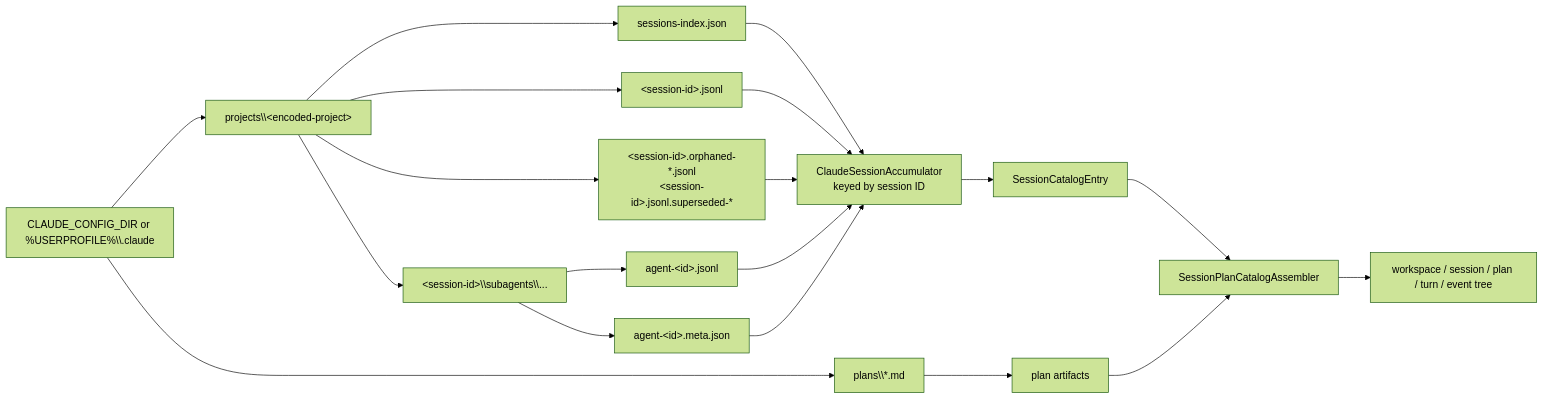
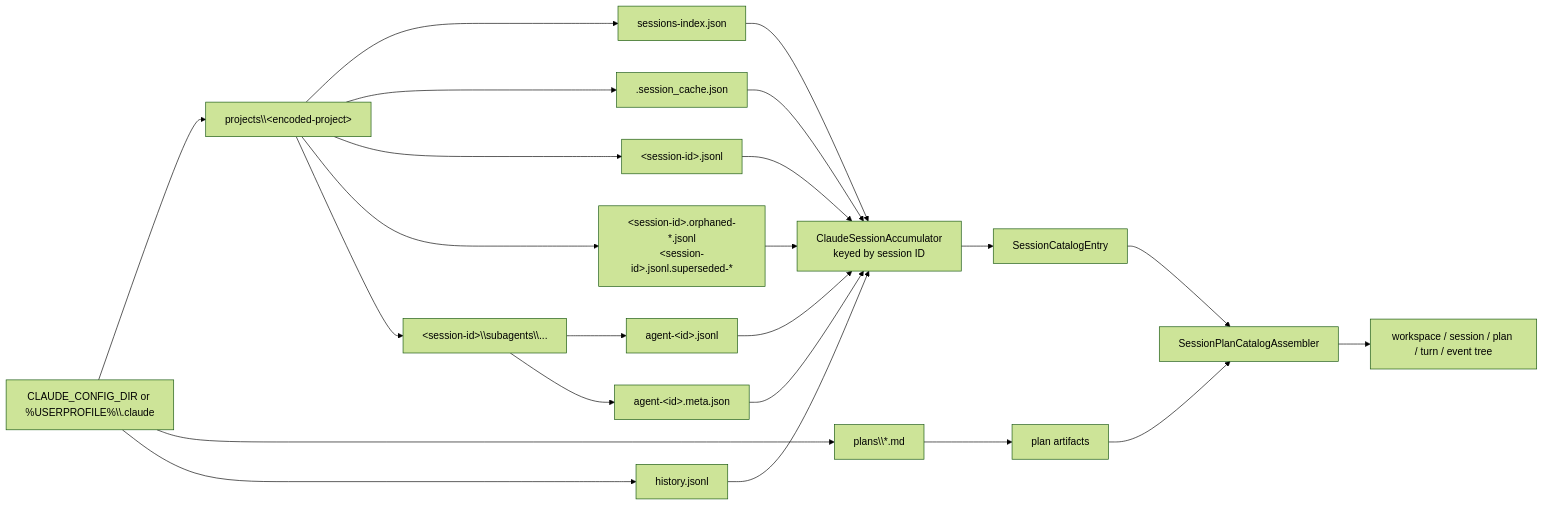
One commit to chrisnas/HarnessSpy changed the first of 4 diagrams in docs/session_claude.md. Above: the diagram before and after it, drawn with Mermaid (forest theme). The commit also changed other lines of this file and 43 other files, not shown here.

````diff
--- a/docs/session_claude.md
+++ b/docs/session_claude.md
@@ -27,22 +31,26 @@
 ```mermaid
 flowchart LR
     Config["CLAUDE_CONFIG_DIR or %USERPROFILE%\\.claude"] --> Projects["projects\\&lt;encoded-project&gt;"]
     Config --> Plans["plans\\*.md"]
+    Config --> History["history.jsonl"]
     Projects --> Index["sessions-index.json"]
+    Projects --> Cache[".session_cache.json"]
     Projects --> Main["&lt;session-id&gt;.jsonl"]
     Projects --> Recovery["&lt;session-id&gt;.orphaned-*.jsonl<br/>&lt;session-id&gt;.jsonl.superseded-*"]
     Projects --> SessionDir["&lt;session-id&gt;\\subagents\\..."]
     SessionDir --> AgentLog["agent-&lt;id&gt;.jsonl"]
     SessionDir --> AgentMeta["agent-&lt;id&gt;.meta.json"]
 
     Index --> Accumulator["ClaudeSessionAccumulator<br/>keyed by session ID"]
+    Cache --> Accumulator
+    History --> Accumulator
     Main --> Accumulator
     Recovery --> Accumulator
     AgentLog --> Accumulator
     AgentMeta --> Accumulator
     Plans --> PlanFragment["plan artifacts"]
     Accumulator --> Entry["SessionCatalogEntry"]
     Entry --> PlanAssembler["SessionPlanCatalogAssembler"]
     PlanFragment --> PlanAssembler
     PlanAssembler --> Tree["workspace / session / plan / turn / event tree"]
 ```
````
